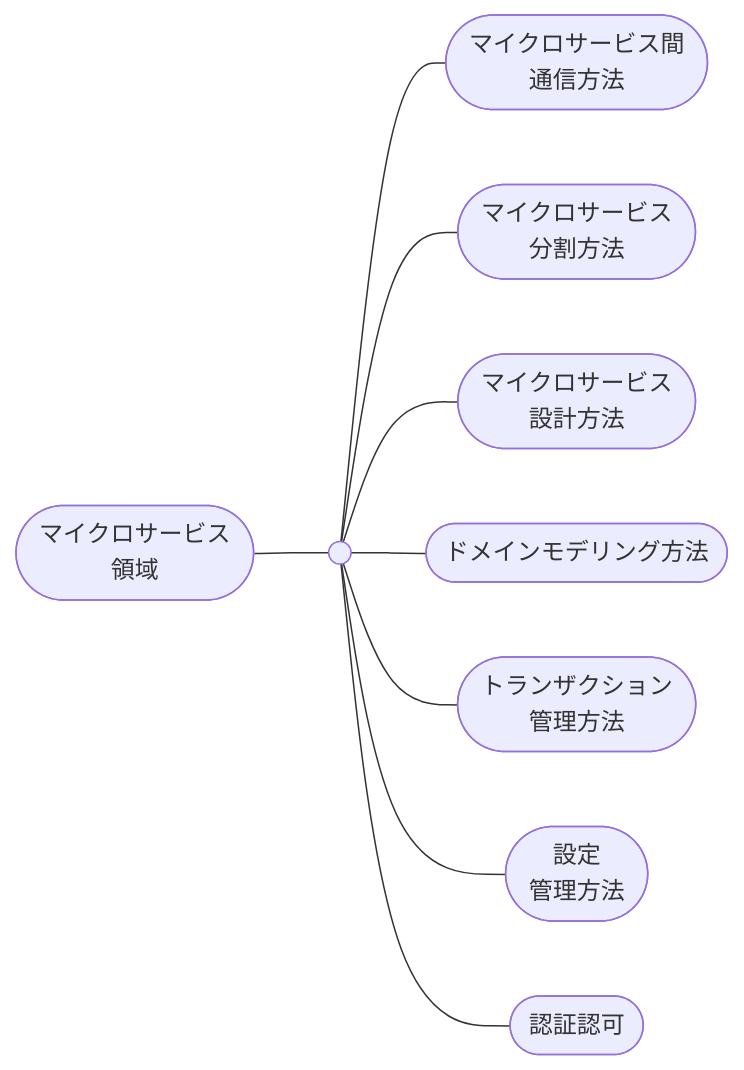
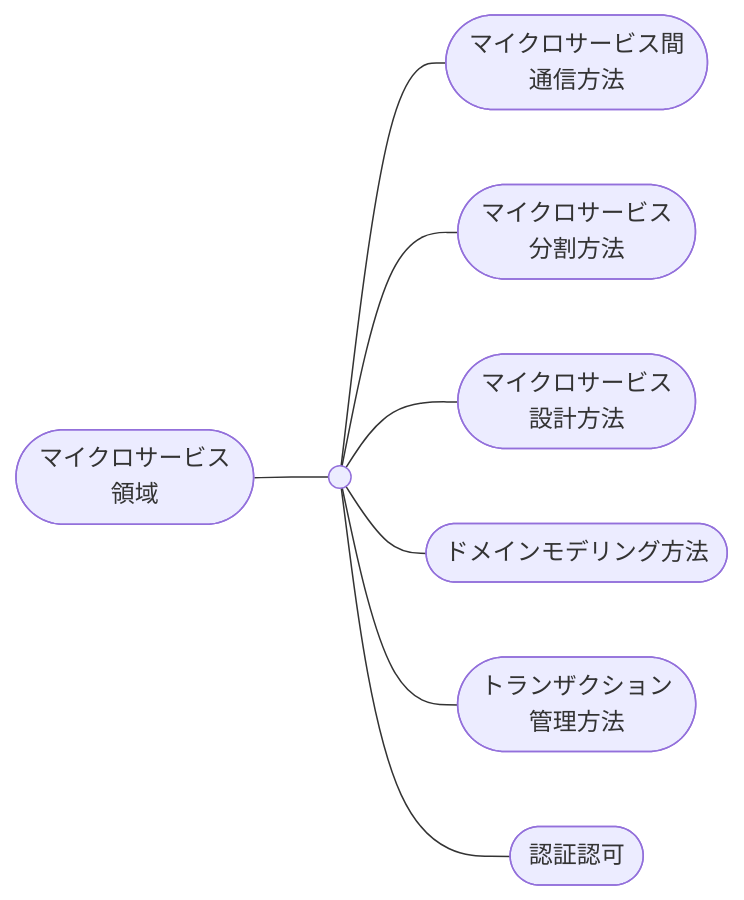
One commit to hiroki-it/tech-notebook changed the fifth of 24 diagrams in docs/software/draft/software_application_architecture_microservices_cloudnative.md. Above: the diagram before and after it, drawn with Mermaid. The commit also changed other lines of this file, not shown here.

````diff
--- a/docs/software/draft/software_application_architecture_microservices_cloudnative.md
+++ b/docs/software/draft/software_application_architecture_microservices_cloudnative.md
@@ -555,13 +555,12 @@
 ```mermaid
 flowchart LR
 
   マイクロサービス領域([マイクロサービス<br>領域]) --- マイクロサービス領域の基点(( ))
   マイクロサービス領域の基点 --- マイクロサービス間通信方法([マイクロサービス間<br>通信方法])
   マイクロサービス領域の基点 --- マイクロサービス分割方法([マイクロサービス<br>分割方法])
   マイクロサービス領域の基点 --- マイクロサービス設計方法([マイクロサービス<br>設計方法])
   マイクロサービス領域の基点 --- ドメインモデリング方法([ドメインモデリング方法])
   マイクロサービス領域の基点 --- トランザクション管理方法([トランザクション<br>管理方法])
-  マイクロサービス領域の基点 --- 設定管理方法([設定<br>管理方法])
   マイクロサービス領域の基点 --- 認証認可([認証認可])
 
 ```
````
